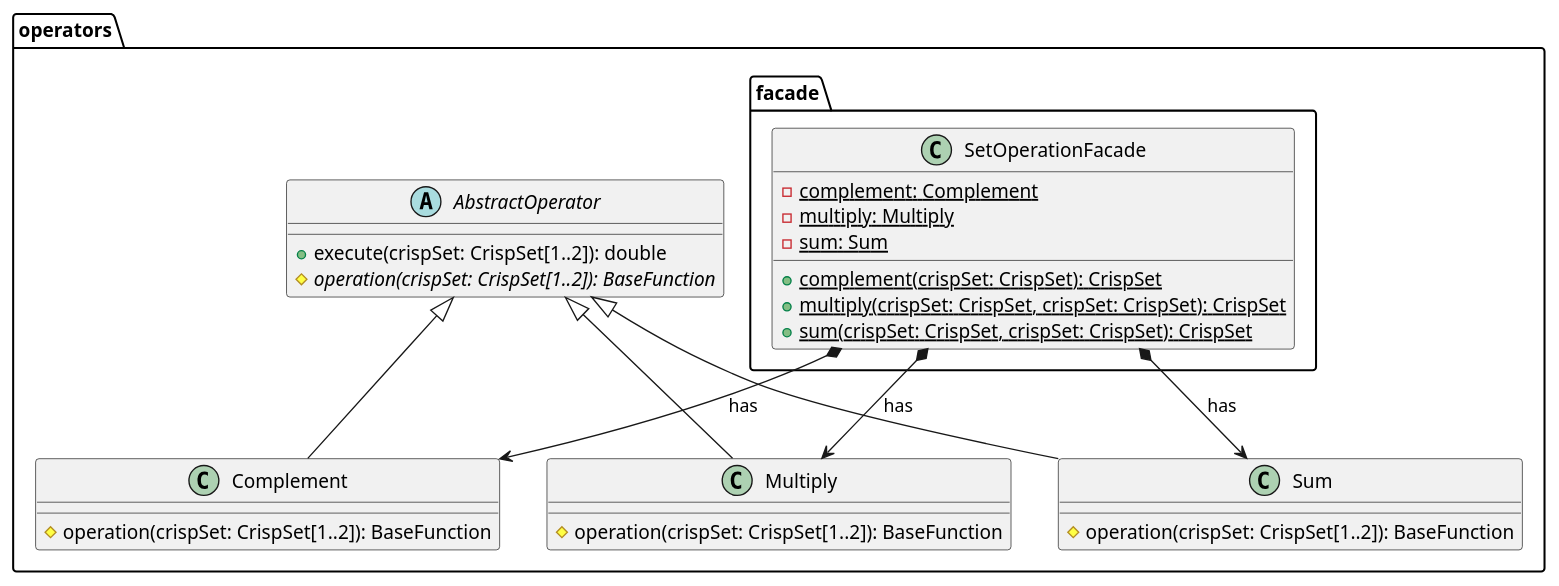
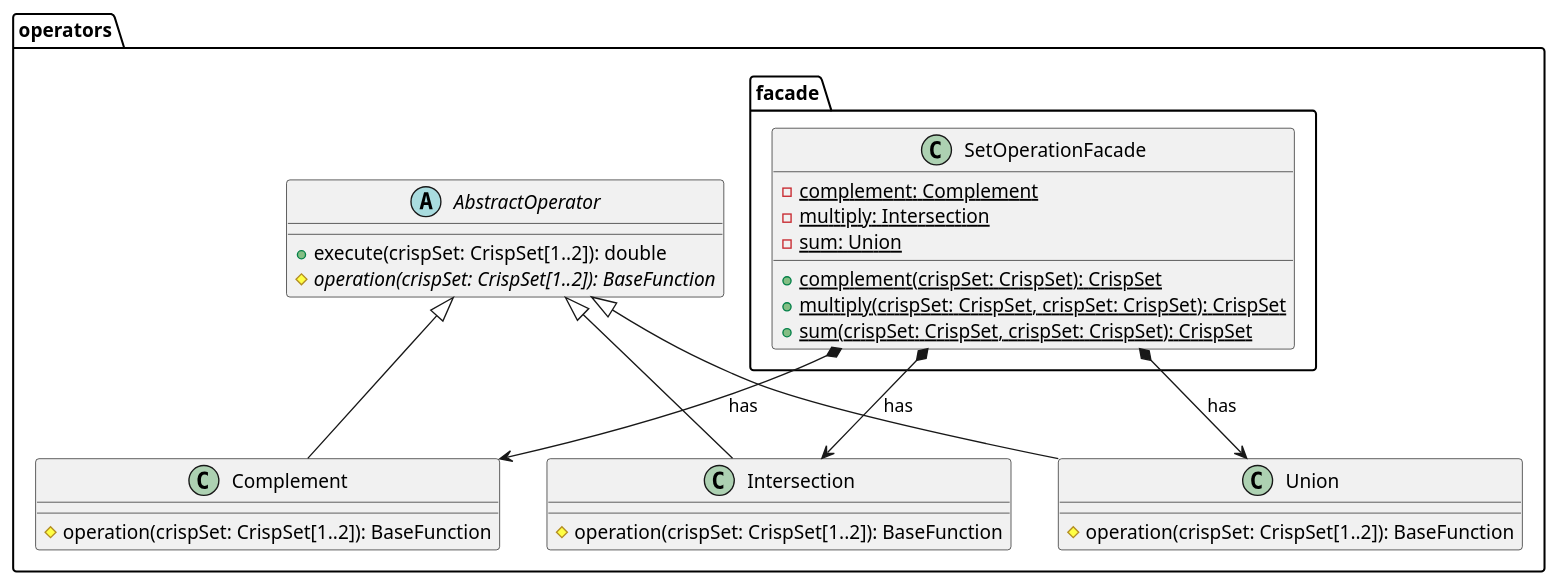
The fifth of 9 diagrams in task2/README.md (kambed/Computer-Recognition-Systems), drawn with PlantUML before and after one commit. The commit also changed other lines of this file and 12 other files, not shown here.

````diff
--- a/task2/README.md
+++ b/task2/README.md
@@ -173,30 +173,30 @@
 ```plantuml
 package operators {
     package facade {
         class SetOperationFacade {
             - {static} complement: Complement
-            - {static} multiply: Multiply
-            - {static} sum: Sum
+            - {static} multiply: Intersection
+            - {static} sum: Union
             + {static} complement(crispSet: CrispSet): CrispSet
             + {static} multiply(crispSet: CrispSet, crispSet: CrispSet): CrispSet
             + {static} sum(crispSet: CrispSet, crispSet: CrispSet): CrispSet
         }
     }
     abstract class AbstractOperator {
         + execute(crispSet: CrispSet[1..2]): double
         # {abstract} operation(crispSet: CrispSet[1..2]): BaseFunction
     }
     class Complement extends AbstractOperator {
         # operation(crispSet: CrispSet[1..2]): BaseFunction
     }
-    class Multiply extends AbstractOperator {
+    class Intersection extends AbstractOperator {
         # operation(crispSet: CrispSet[1..2]): BaseFunction
     }
-    class Sum extends AbstractOperator {
+    class Union extends AbstractOperator {
         # operation(crispSet: CrispSet[1..2]): BaseFunction
     }
     SetOperationFacade *--> Complement: has
-    SetOperationFacade *--> Multiply: has
-    SetOperationFacade *--> Sum: has
+    SetOperationFacade *--> Intersection: has
+    SetOperationFacade *--> Union: has
 }
 ```
````
